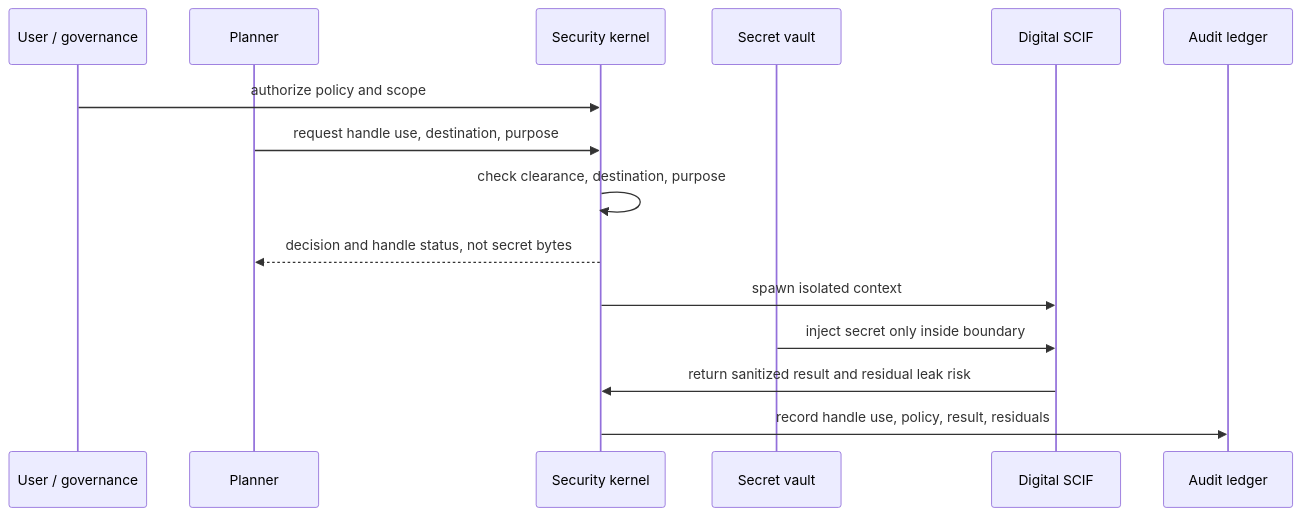
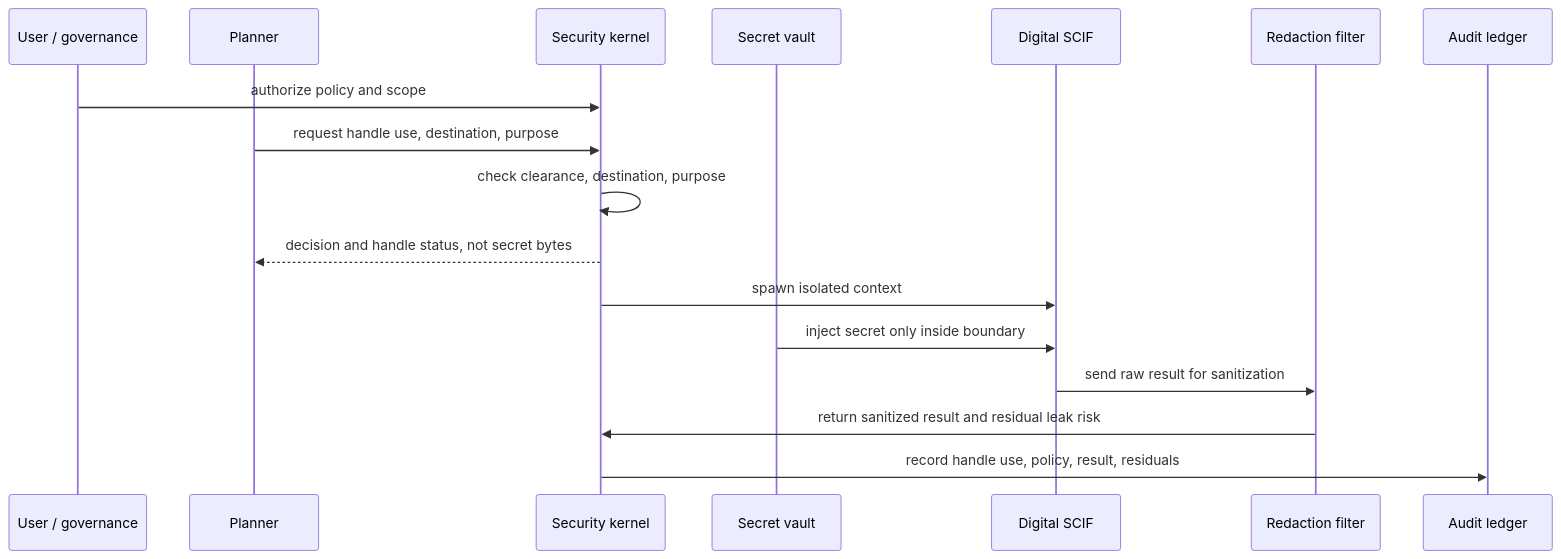
Before and after one commit to corbensorenson/asi-stack-book: the diagram in chapters/security-kernel-and-digital-scifs.qmd, drawn with Mermaid. The commit also changed 7 other files, not shown here.

Commit message:
Strengthen diagram substance validation

````diff
--- a/chapters/security-kernel-and-digital-scifs.qmd
+++ b/chapters/security-kernel-and-digital-scifs.qmd
@@ -99,17 +99,19 @@
 ```{mermaid}
 sequenceDiagram
   participant U as User / governance
   participant P as Planner
   participant K as Security kernel
   participant S as Secret vault
   participant C as Digital SCIF
+  participant R as Redaction filter
   participant L as Audit ledger
   U->>K: authorize policy and scope
   P->>K: request handle use, destination, purpose
   K->>K: check clearance, destination, purpose
   K-->>P: decision and handle status, not secret bytes
   K->>C: spawn isolated context
   S->>C: inject secret only inside boundary
-  C->>K: return sanitized result and residual leak risk
+  C->>R: send raw result for sanitization
+  R->>K: return sanitized result and residual leak risk
   K->>L: record handle use, policy, result, residuals
 ```
````
